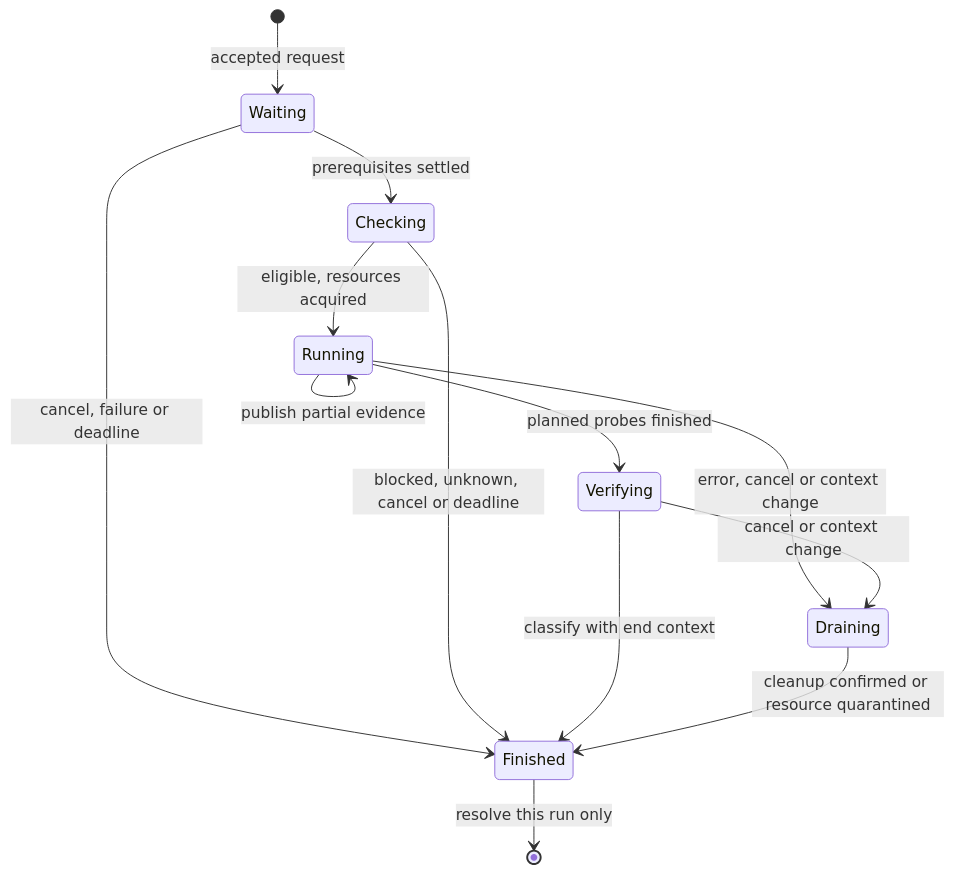
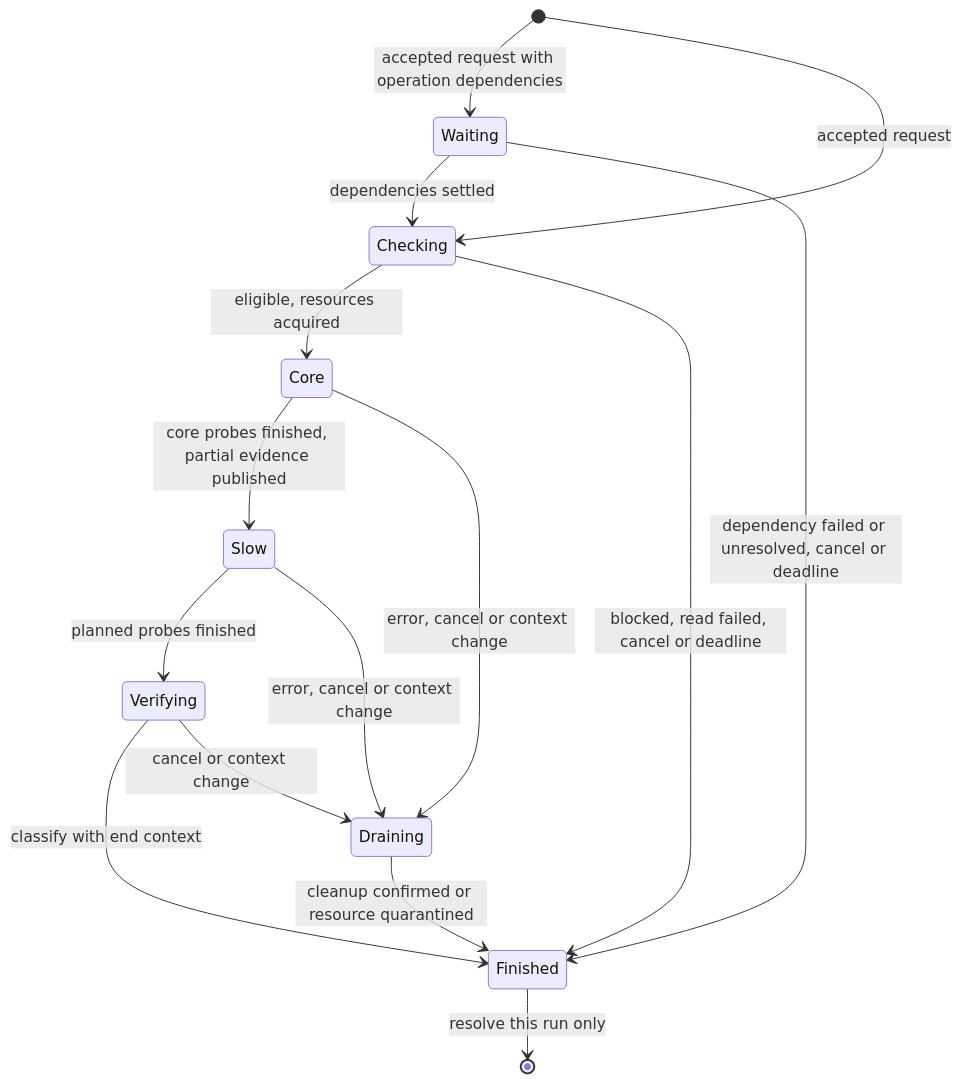
One commit to okhsunrog/vpnhide changed the diagram in docs/notes/app-state-transitions.md. Above: the diagram before and after it, drawn with Mermaid. The commit also changed other lines of this file and 8 other files, not shown here.

````diff
--- a/docs/notes/app-state-transitions.md
+++ b/docs/notes/app-state-transitions.md
@@ -329,15 +393,17 @@
 ```mermaid
 stateDiagram-v2
-    [*] --> Waiting: accepted request
-    Waiting --> Checking: prerequisites settled
-    Waiting --> Finished: cancel, failure or deadline
-    Checking --> Running: eligible, resources acquired
-    Checking --> Finished: blocked, unknown, cancel or deadline
-    Running --> Running: publish partial evidence
-    Running --> Verifying: planned probes finished
-    Running --> Draining: error, cancel or context change
+    [*] --> Waiting: accepted request with operation dependencies
+    [*] --> Checking: accepted request
+    Waiting --> Checking: dependencies settled
+    Waiting --> Finished: dependency failed or unresolved, cancel or deadline
+    Checking --> Core: eligible, resources acquired
+    Checking --> Finished: blocked, read failed, cancel or deadline
+    Core --> Slow: core probes finished, partial evidence published
+    Slow --> Verifying: planned probes finished
+    Core --> Draining: error, cancel or context change
+    Slow --> Draining: error, cancel or context change
     Verifying --> Finished: classify with end context
     Verifying --> Draining: cancel or context change
     Draining --> Finished: cleanup confirmed or resource quarantined
     Finished --> [*]: resolve this run only
 ```
````
